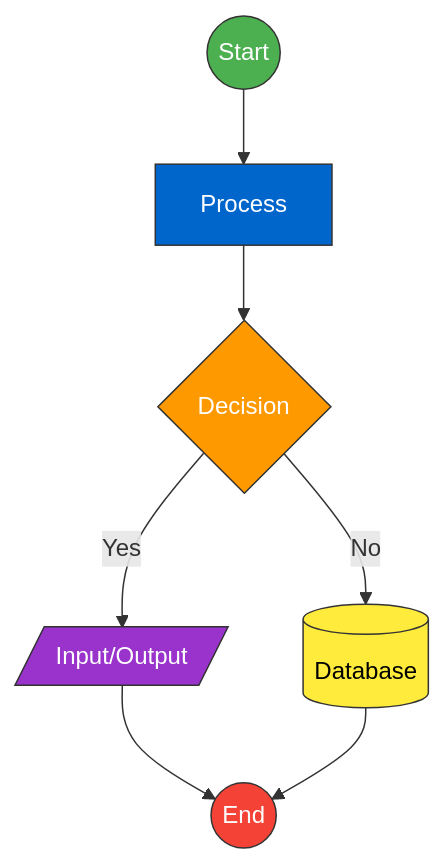
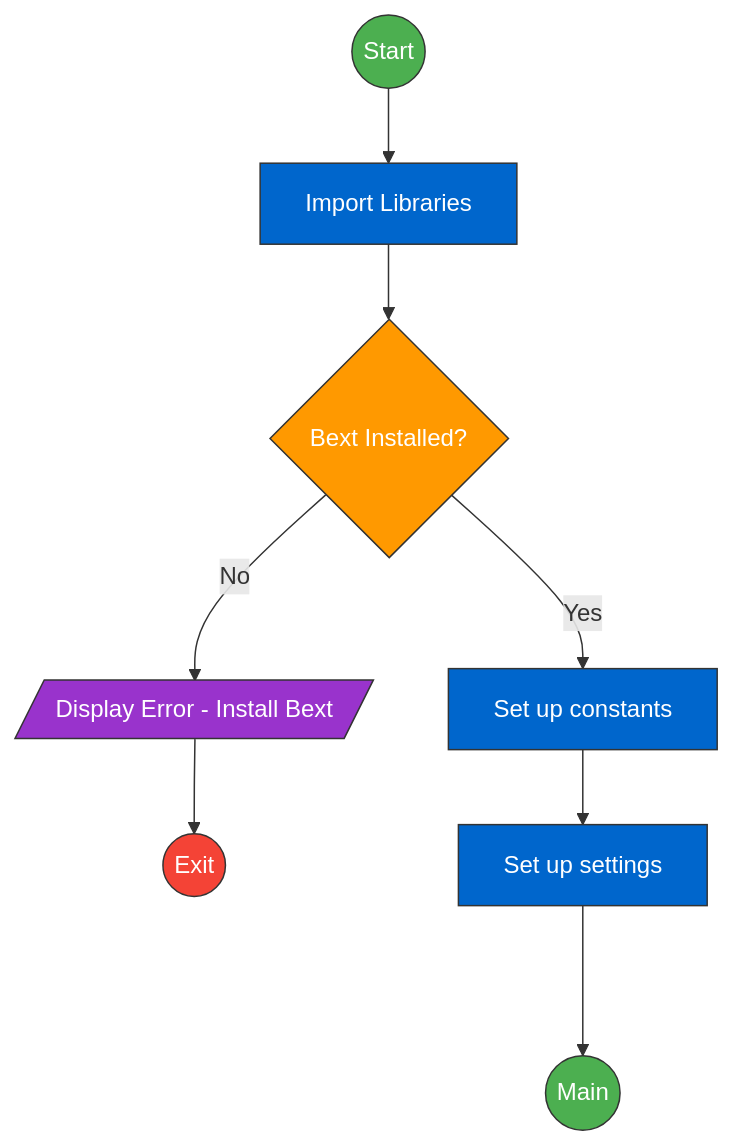
The diagram in mermaidChartTemplate.mmd (BobbyJoeCool/Python-Projects), drawn with Mermaid before and after one commit. The commit also changed 27 other files, not shown here.

```diff
--- a/mermaidChartTemplate.mmd
+++ b/mermaidChartTemplate.mmd
@@ -1,29 +1,26 @@
 flowchart TD
-    %% --- Node Definitions ---
-    Start((Start)):::terminatorStart 
-    Process[Process]:::process
-    InputOutput[/Input/Output/]:::inputOutput
-    Decision{Decision}:::decision
-    Database[(Database)]:::database
-    End((End)):::terminatorFinish
+%% --- Node Definitions and Connections ---
+Start((Start)):::terminatorStart --> p1[Import Libraries]:::process
+p1 --> d1{Bext Installed?}:::decision
+d1 -- No --> io1[/Display Error - Install Bext/]:::inputOutput
+io1 --> End((Exit)):::terminatorFinish
+d1 -- Yes --> p2[Set up constants]:::process
+p2 --> p3[Set up settings]:::process
+p3 ---> mainF((Main)):::terminatorStart
 
-    %% --- Node Connections ---
-    Start --> Process
-    Process --> Decision
-    Decision -- Yes --> InputOutput
-    Decision -- No --> Database
-    InputOutput --> End
-    Database --> End
+%% --- Class Definitions ---
+%% Process Rectangle: Blue (white text)
+classDef process fill:#0066cc,stroke:#333,color:#fff;
 
-    %% --- Class Definitions ---
-    %% Process Rectangle: Blue (white text)
-    classDef process fill:#0066cc,stroke:#333,color:#fff;
-    %% Decision Diamond: Orange (White Text)
-    classDef decision fill:#ff9900,stroke:#333,color:#fff;
-    %% Database Can: Yellow (Black Text)
-    classDef database fill:#ffeb3b,stroke:#333,color:#000;
-    %% Input/Output Parallelagram: Purple (White Text)
-    classDef inputOutput fill:#9933cc,stroke:#333,color:#fff;
-    %% Terminator Circle: Green for Start, Red for Finish (White Text)
-    classDef terminatorStart fill:#4CAF50,stroke:#333,color:#fff;
-    classDef terminatorFinish fill:#F44336,stroke:#333,color:#fff;
+%% Decision Diamond: Orange (White Text)
+classDef decision fill:#ff9900,stroke:#333,color:#fff;
+
+%% Database Can: Yellow (Black Text)
+classDef database fill:#ffeb3b,stroke:#333,color:#000;
+
+%% Input/Output Parallelagram: Purple (White Text)
+classDef inputOutput fill:#9933cc,stroke:#333,color:#fff;
+
+%% Terminator Circle: Green for Start, Red for Finish (White Text)
+classDef terminatorStart fill:#4CAF50,stroke:#333,color:#fff;
+classDef terminatorFinish fill:#F44336,stroke:#333,color:#fff;
```
